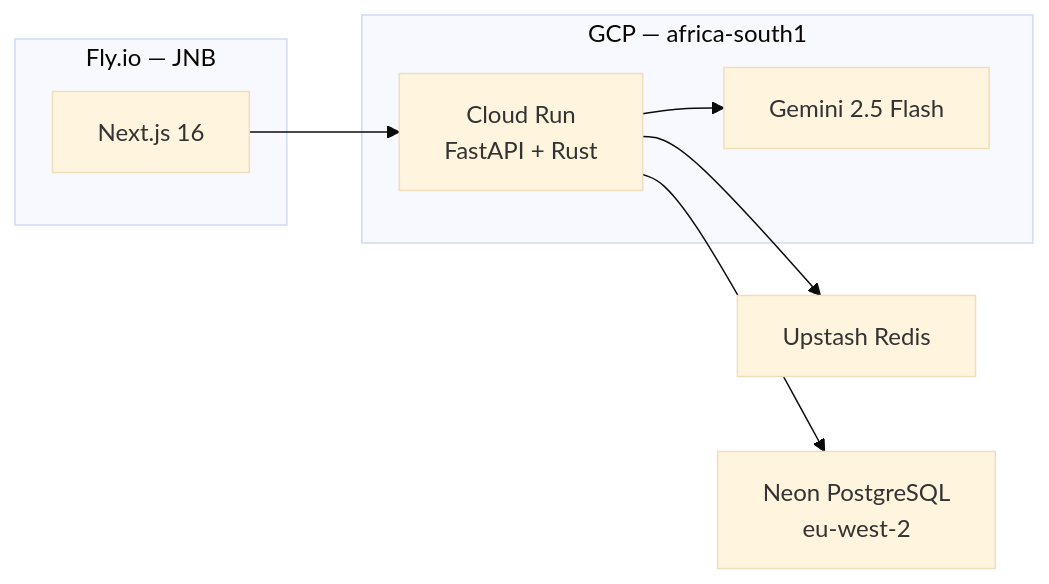
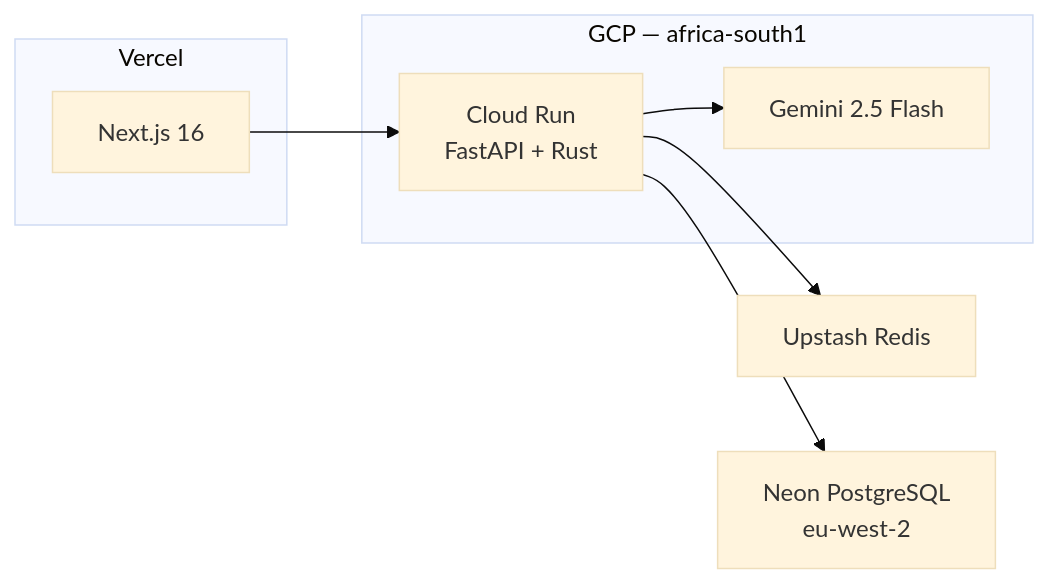
One commit to ericgitangu/pawacloud-assistant changed the second of 2 diagrams in README.md. Above: the diagram before and after it, drawn with Mermaid (base theme). The commit also changed other lines of this file, not shown here.

Commit message:
docs: update fly.io references to vercel in readme and architecture diagram

````diff
--- a/README.md
+++ b/README.md
@@ -174,16 +174,16 @@
 ```mermaid
 graph LR
     subgraph GCP["GCP — africa-south1"]
         CR["Cloud Run<br/>FastAPI + Rust"]
         GEM["Gemini 2.5 Flash"]
     end
-    subgraph Fly["Fly.io — JNB"]
+    subgraph Vercel["Vercel"]
         WEB["Next.js 16"]
     end
     UPS["Upstash Redis"]
     NEON["Neon PostgreSQL<br/>eu-west-2"]
     WEB --> CR
     CR --> GEM
     CR --> UPS
     CR --> NEON
 ```
````
